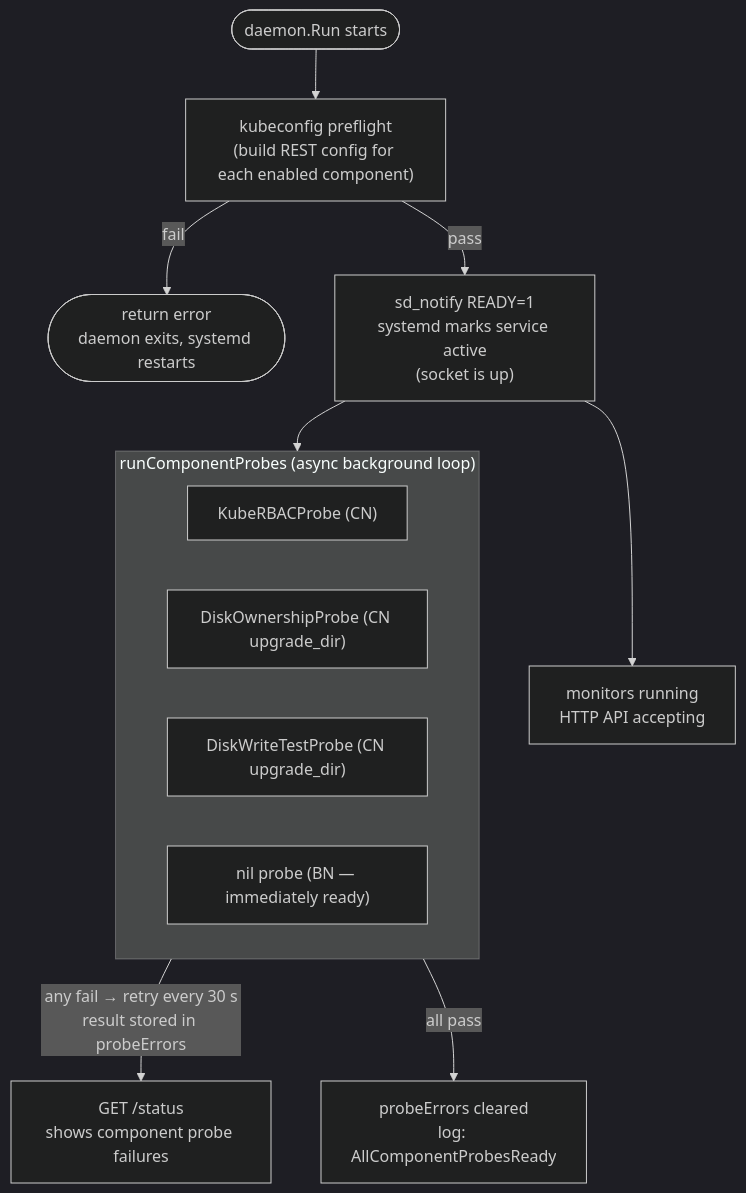
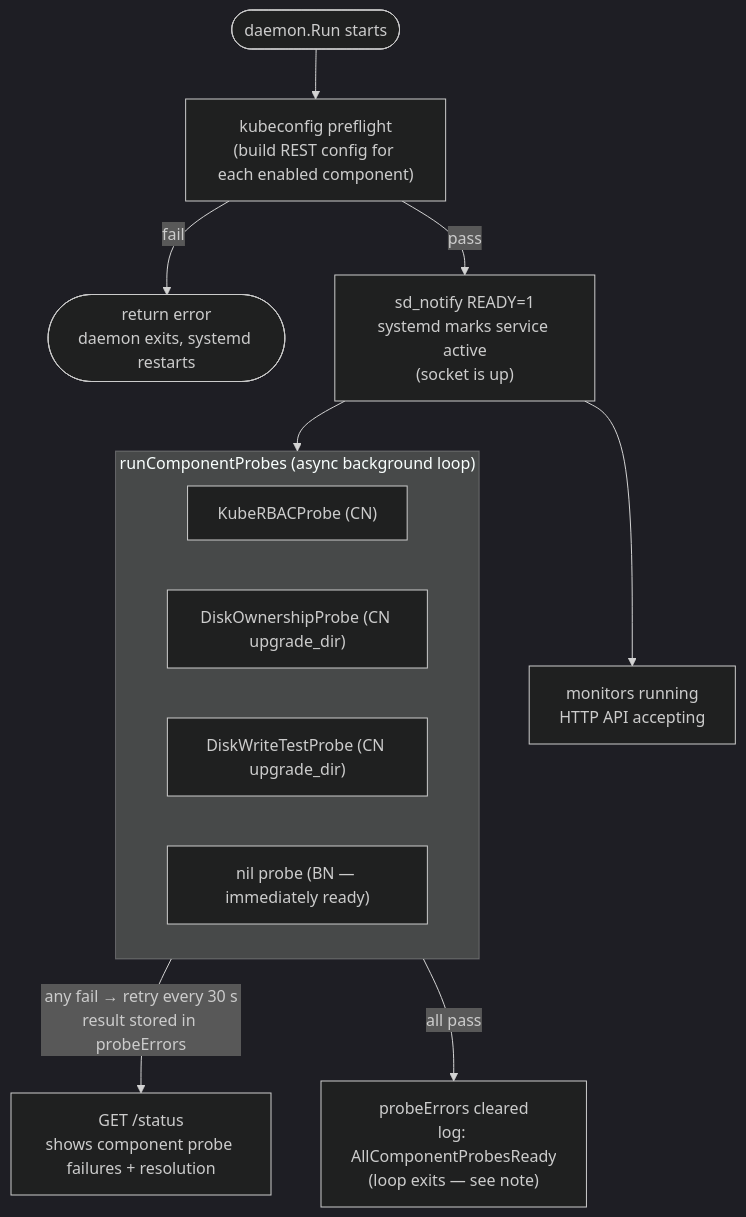
One commit to hashgraph/solo-weaver changed the fourth of 7 diagrams in docs/dev/daemon/daemon-architecture.md. Above: the diagram before and after it, drawn with Mermaid (dark theme). The commit also changed other lines of this file, not shown here.

Commit message:
docs: add daemon architecture doc

````diff
--- a/docs/dev/daemon/daemon-architecture.md
+++ b/docs/dev/daemon/daemon-architecture.md
@@ -244,22 +420,22 @@
 ```mermaid
 flowchart TD
     start(["daemon.Run starts"]) --> preflight
     preflight["kubeconfig preflight\n(build REST config for each enabled component)"] -->|fail| abort(["return error\ndaemon exits, systemd restarts"])
     preflight -->|pass| ready
 
     ready["sd_notify READY=1\nsystemd marks service active\n(socket is up)"] --> monitors
     ready --> probeloop
 
     monitors["monitors running\nHTTP API accepting"]
 
     subgraph probeloop["runComponentProbes (async background loop)"]
         direction LR
         p1["KubeRBACProbe (CN)"]
         p2["DiskOwnershipProbe (CN upgrade_dir)"]
         p3["DiskWriteTestProbe (CN upgrade_dir)"]
         p4["nil probe (BN — immediately ready)"]
     end
 
-    probeloop -->|"any fail → retry every 30 s\nresult stored in probeErrors"| status["GET /status\nshows component probe failures"]
-    probeloop -->|all pass| allready["probeErrors cleared\nlog: AllComponentProbesReady"]
+    probeloop -->|"any fail → retry every 30 s\nresult stored in probeErrors"| status["GET /status\nshows component probe failures + resolution"]
+    probeloop -->|all pass| allready["probeErrors cleared\nlog: AllComponentProbesReady\n(loop exits — see note)"]
 ```
````
